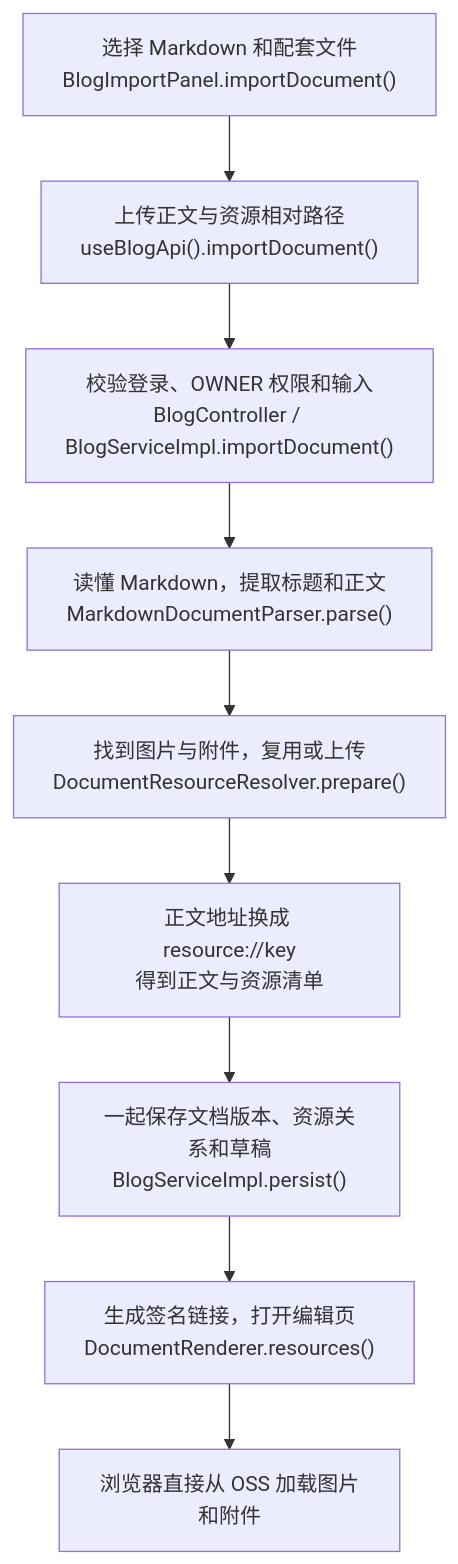
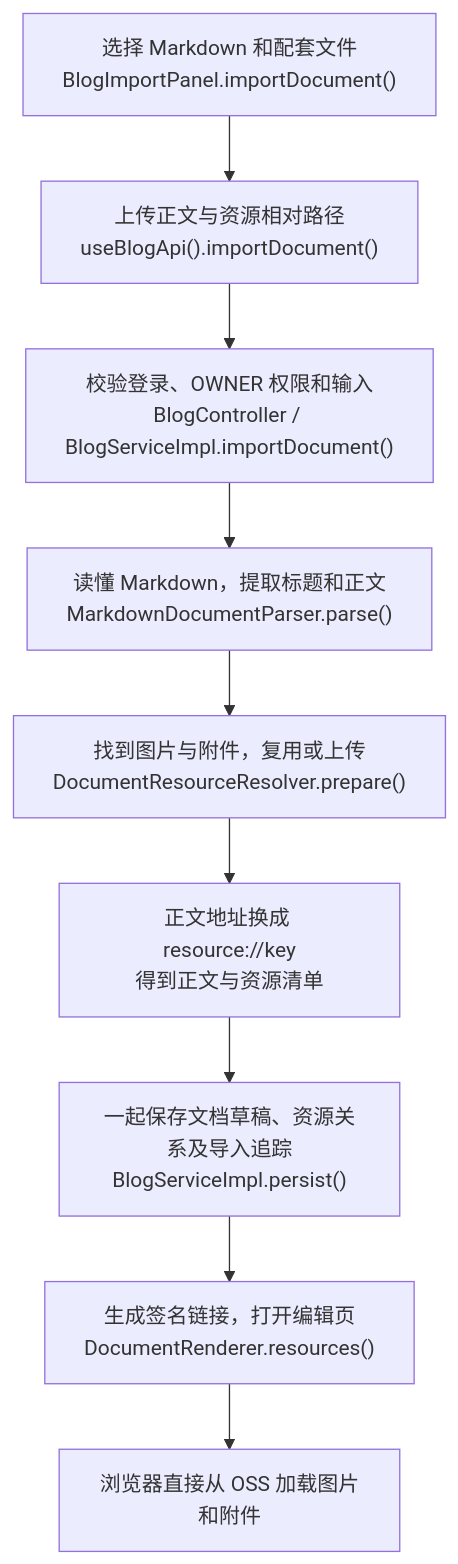
Before and after one commit to WKING66/mai-s-portfolio: the diagram in resources/learning/document-import-quick-guide.md, drawn with Mermaid. The commit also changed other lines of this file and 76 other files, not shown here.

````diff
--- a/resources/learning/document-import-quick-guide.md
+++ b/resources/learning/document-import-quick-guide.md
@@ -9,11 +9,11 @@
 ```mermaid
 flowchart TD
     A["选择 Markdown 和配套文件<br/>BlogImportPanel.importDocument()"] --> B["上传正文与资源相对路径<br/>useBlogApi().importDocument()"]
     B --> C["校验登录、OWNER 权限和输入<br/>BlogController / BlogServiceImpl.importDocument()"]
     C --> D["读懂 Markdown，提取标题和正文<br/>MarkdownDocumentParser.parse()"]
     D --> E["找到图片与附件，复用或上传<br/>DocumentResourceResolver.prepare()"]
     E --> F["正文地址换成 resource://key<br/>得到正文与资源清单"]
-    F --> G["一起保存文档版本、资源关系和草稿<br/>BlogServiceImpl.persist()"]
+    F --> G["一起保存文档草稿、资源关系及导入追踪<br/>BlogServiceImpl.persist()"]
     G --> H["生成签名链接，打开编辑页<br/>DocumentRenderer.resources()"]
     H --> I["浏览器直接从 OSS 加载图片和附件"]
 ```
````
